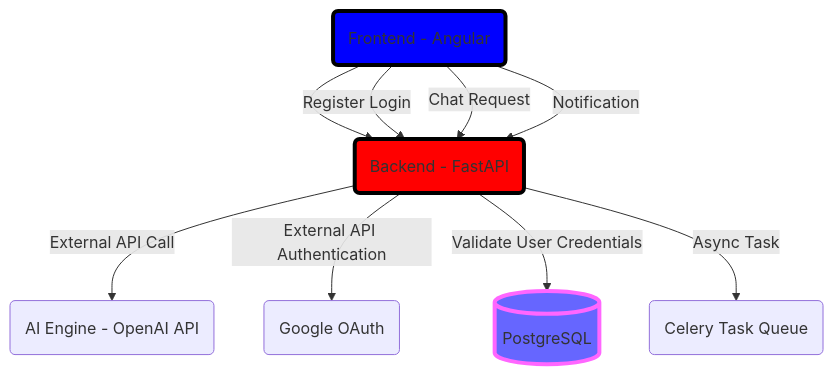
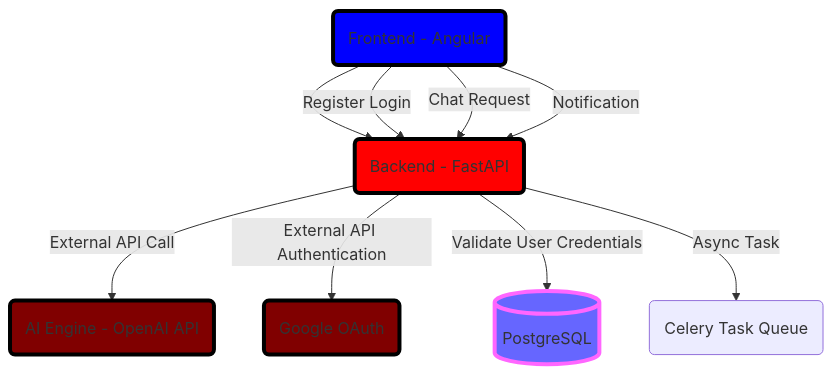
Before and after one commit to Joy-Ese/JayBank-Support-App: the diagram in mermaid.md, drawn with Mermaid.

````diff
--- a/mermaid.md
+++ b/mermaid.md
@@ -2,15 +2,17 @@
 ``` mermaid
 flowchart TD;
     FE("Frontend - Angular") --> BE("Backend - FastAPI")
     BE -->|External API Call| AI("AI Engine - OpenAI API")
     BE -->|External API Authentication| JWT("Google OAuth")
     FE -->|Register Login| BE
     FE -->|Chat Request| BE
     FE -->|Notification| BE
     BE -->|Validate User Credentials| Database[(PostgreSQL)]
     BE -->|Async Task| Queue("Celery Task Queue")
 
     style Database fill:#66f,stroke:#f6f,stroke-width:4px
     style FE fill:blue,stroke:black,stroke-width:4px,shadow:shadow
     style BE fill:red,stroke:black,stroke-width:4px,shadow:shadow
+    style AI fill:maroon,stroke:black,stroke-width:4px,shadow:shadow
+    style JWT fill:maroon,stroke:black,stroke-width:4px,shadow:shadow
 ```
````
